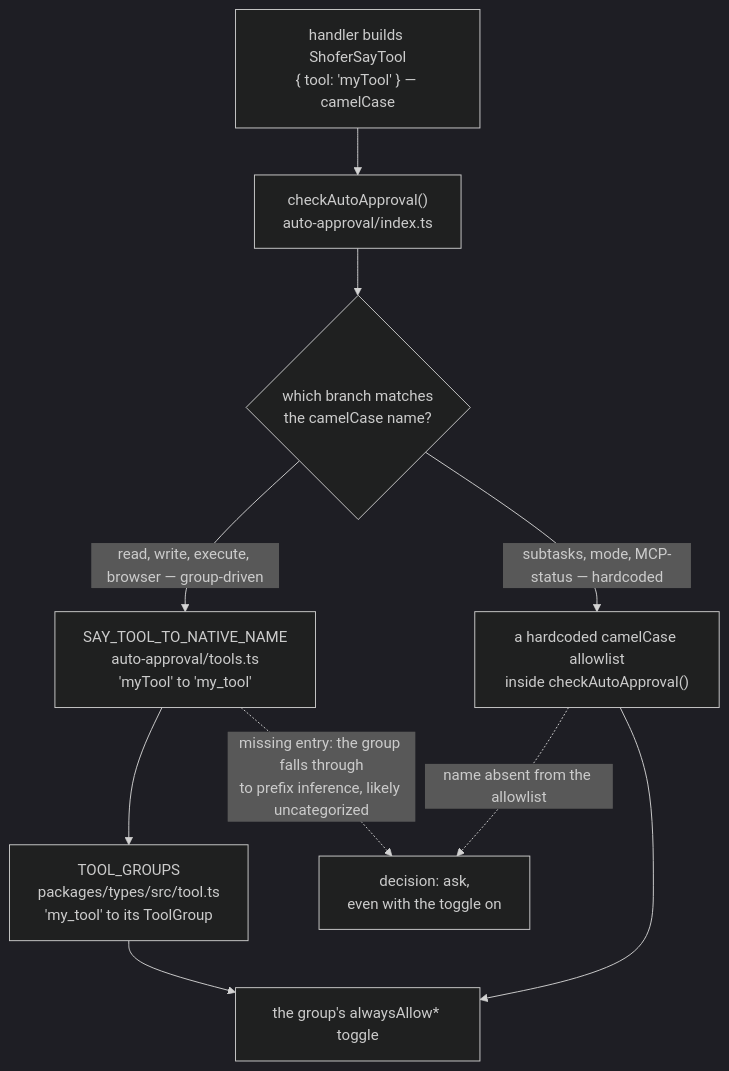
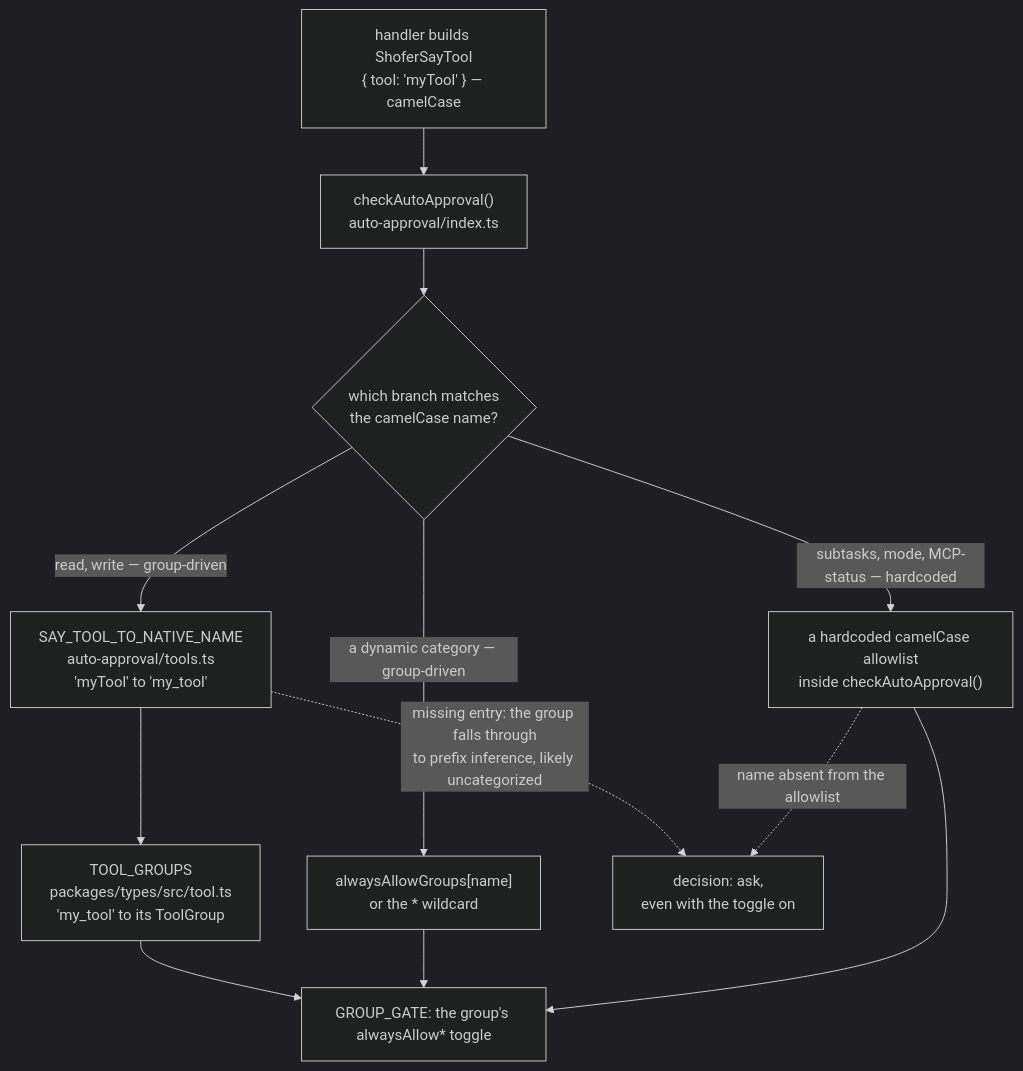
The second of 3 diagrams in docs/adding-new-tools.md (shofer-dev/shofer), drawn with Mermaid (dark theme) before and after one commit. The commit also changed other lines of this file and 78 other files, not shown here.

````diff
--- a/docs/adding-new-tools.md
+++ b/docs/adding-new-tools.md
@@ -322,15 +331,18 @@
 ```mermaid
 flowchart TD
     H["handler builds ShoferSayTool<br/>{ tool: 'myTool' } — camelCase"] --> CA["checkAutoApproval()<br/>auto-approval/index.ts"]
     CA --> BR{"which branch matches<br/>the camelCase name?"}
 
-    BR -->|"read, write, execute, browser — group-driven"| MAP["SAY_TOOL_TO_NATIVE_NAME<br/>auto-approval/tools.ts<br/>'myTool' to 'my_tool'"]
+    BR -->|"read, write — group-driven"| MAP["SAY_TOOL_TO_NATIVE_NAME<br/>auto-approval/tools.ts<br/>'myTool' to 'my_tool'"]
     MAP --> TG["TOOL_GROUPS<br/>packages/types/src/tool.ts<br/>'my_tool' to its ToolGroup"]
-    TG --> TOG["the group's alwaysAllow* toggle"]
+    TG --> TOG["GROUP_GATE: the group's alwaysAllow* toggle"]
+
+    BR -->|"a dynamic category — group-driven"| DYN["alwaysAllowGroups[name]<br/>or the * wildcard"]
+    DYN --> TOG
 
     BR -->|"subtasks, mode, MCP-status — hardcoded"| HL["a hardcoded camelCase allowlist<br/>inside checkAutoApproval()"]
     HL --> TOG
 
     MAP -.->|"missing entry: the group falls through<br/>to prefix inference, likely uncategorized"| FALL["decision: ask,<br/>even with the toggle on"]
     HL -.->|"name absent from the allowlist"| FALL
 ```
````
